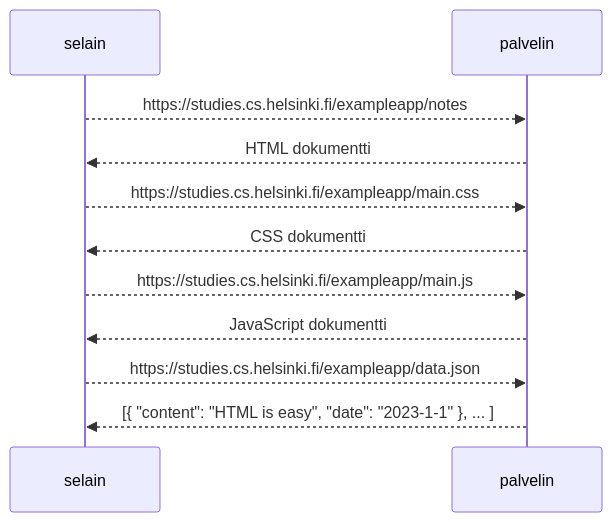
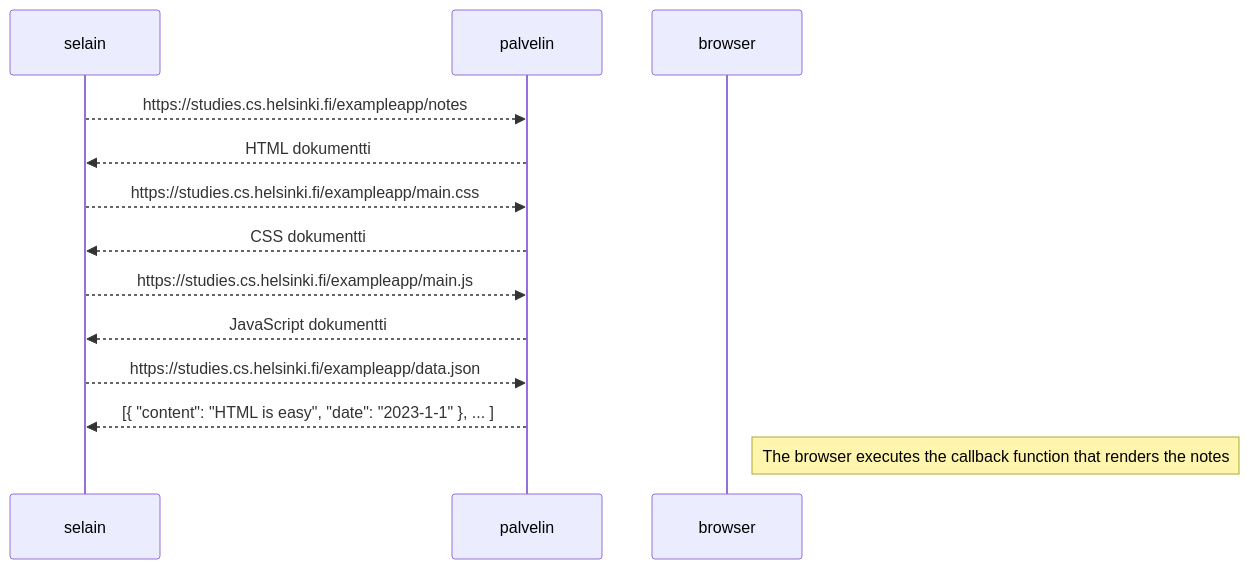
Before and after one commit to MiroIhalainen/Web-sovellusten-toimintaperiaatteet: the diagram in README.md, drawn with Mermaid.

````diff
--- a/README.md
+++ b/README.md
@@ -2,17 +2,18 @@
 ```mermaid
 sequenceDiagram
     participant selain
     participant palvelin
 
     selain-->>palvelin: https://studies.cs.helsinki.fi/exampleapp/notes
     palvelin-->>selain: HTML dokumentti
 
     selain-->>palvelin: https://studies.cs.helsinki.fi/exampleapp/main.css
     palvelin-->>selain: CSS dokumentti
 
     selain-->>palvelin: https://studies.cs.helsinki.fi/exampleapp/main.js
      palvelin-->>selain: JavaScript dokumentti
 
     selain-->>palvelin: https://studies.cs.helsinki.fi/exampleapp/data.json
     palvelin-->>selain: [{ "content": "HTML is easy", "date": "2023-1-1" }, ... ]
+Note right of browser: The browser executes the callback function that renders the notes 
 ```
````
